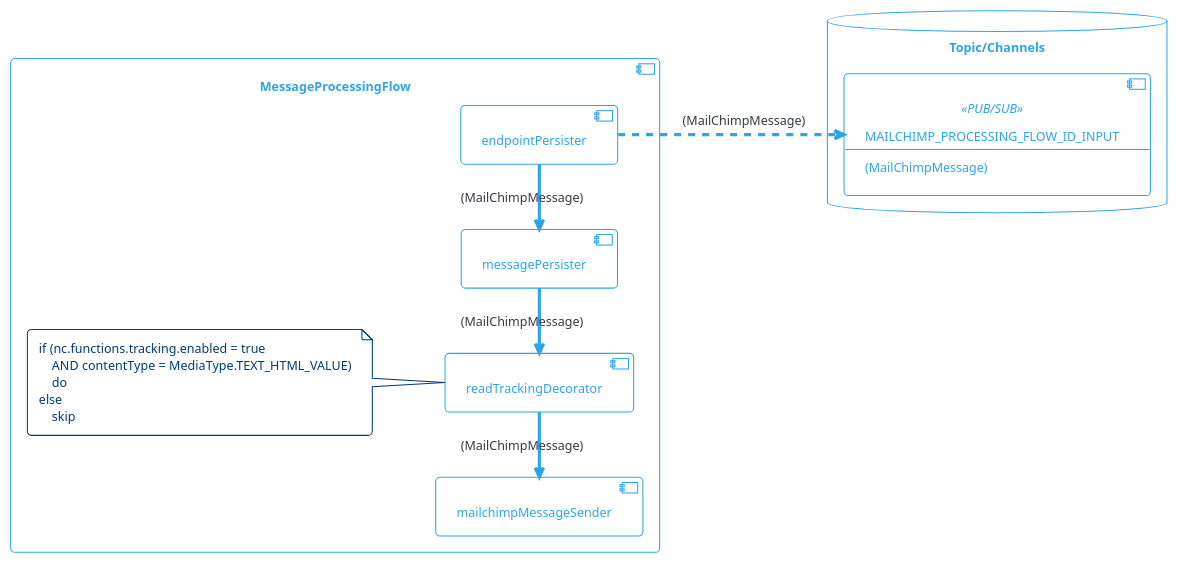
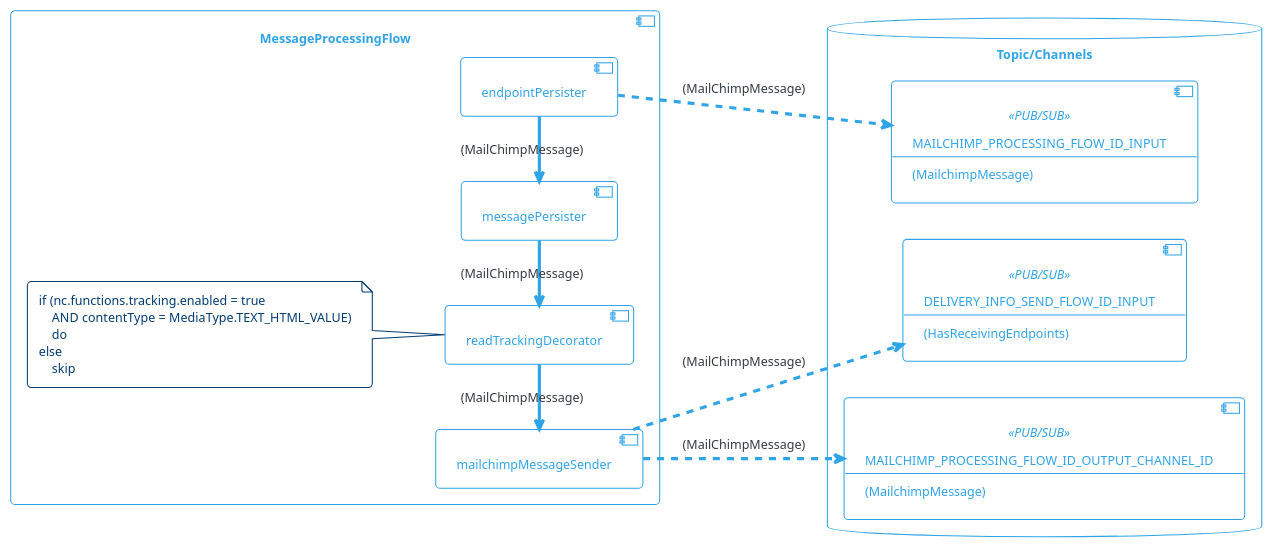
The diagram in docs/diagrams/src/mailchimp-processing-flow.puml (com-obj/notiflow), drawn with PlantUML before and after one commit.

```diff
--- a/docs/diagrams/src/mailchimp-processing-flow.puml
+++ b/docs/diagrams/src/mailchimp-processing-flow.puml
@@ -1,44 +1,58 @@
 @startuml
 
 !theme cerulean-outline
 
 left to right direction
 
 skinparam backgroundcolor White
 skinparam component {
     backgroundColor<<user defined>> LightGray
 }
 
 
 database "Topic/Channels" {
     component MAILCHIMP_PROCESSING_FLOW_ID_INPUT<<PUB/SUB>>[
         MAILCHIMP_PROCESSING_FLOW_ID_INPUT
         --
-        (MailChimpMessage)
+        (MailchimpMessage)
+    ]
+    
+    component DELIVERY_INFO_SEND_FLOW_ID_INPUT<<PUB/SUB>>  [
+        DELIVERY_INFO_SEND_FLOW_ID_INPUT
+        --
+        (HasReceivingEndpoints)
+    ]
+    
+    component MAILCHIMP_PROCESSING_FLOW_ID_OUTPUT_CHANNEL_ID<<PUB/SUB>>[
+        MAILCHIMP_PROCESSING_FLOW_ID_OUTPUT_CHANNEL_ID
+        --
+        (MailchimpMessage)
     ]
 
 }
 
 component "MessageProcessingFlow" {
     [endpointPersister]
     [messagePersister]
     [readTrackingDecorator]
     [mailchimpMessageSender]    
 
     endpointPersister -l-> messagePersister: (MailChimpMessage)
     messagePersister -l-> readTrackingDecorator: (MailChimpMessage)
     readTrackingDecorator -l-> mailchimpMessageSender: (MailChimpMessage)
+    mailchimpMessageSender ..> DELIVERY_INFO_SEND_FLOW_ID_INPUT: (MailChimpMessage)
+    mailchimpMessageSender ..> MAILCHIMP_PROCESSING_FLOW_ID_OUTPUT_CHANNEL_ID: (MailChimpMessage)
     endpointPersister ..> MAILCHIMP_PROCESSING_FLOW_ID_INPUT : (MailChimpMessage) 
     
     note left of readTrackingDecorator 
         if (nc.functions.tracking.enabled = true 
             AND contentType = MediaType.TEXT_HTML_VALUE)
             do
         else
             skip      
     end note 
 
 }
 
 
 @enduml
```
